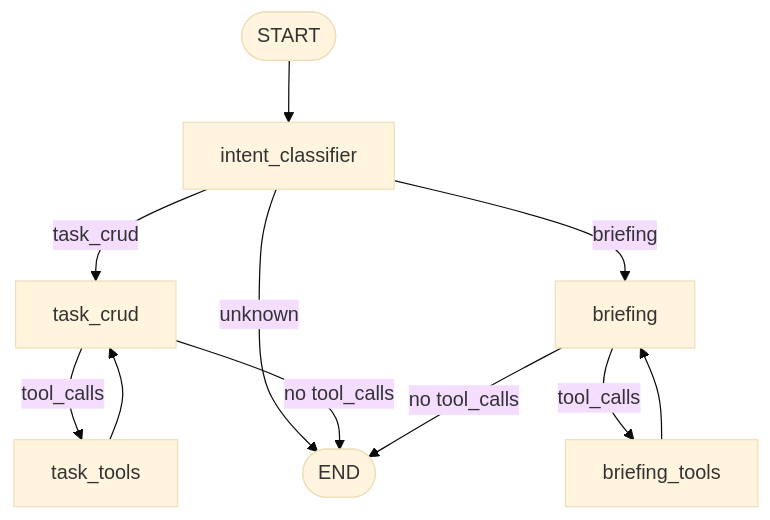
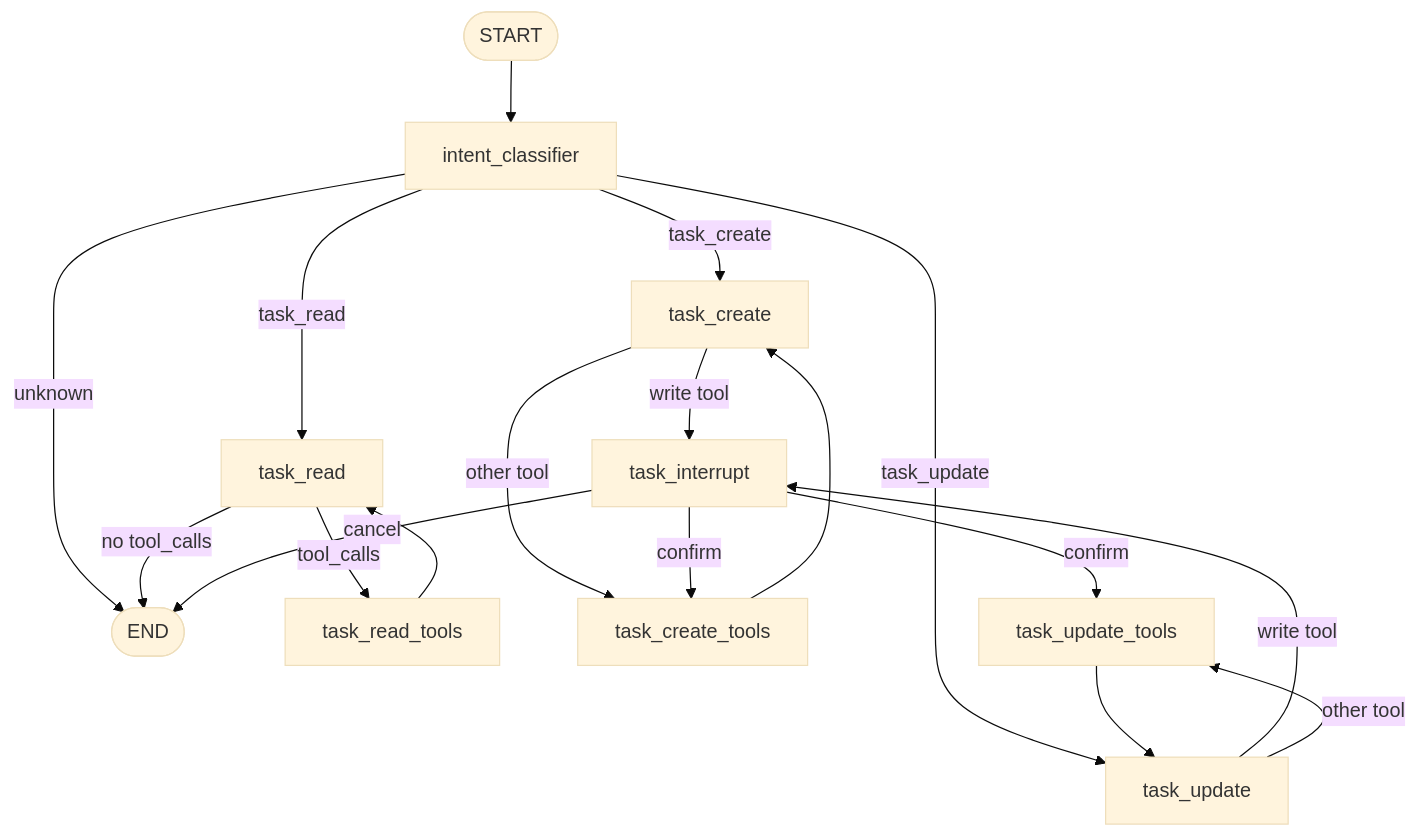
Before and after one commit to Eisler18/assistant_agent: the diagram in docs/graph.md, drawn with Mermaid (base theme). The commit also changed other lines of this file, not shown here.

Commit message:
Update graph doc

````diff
--- a/docs/graph.md
+++ b/docs/graph.md
@@ -11,15 +11,24 @@
 ```mermaid
 flowchart TD
   START([START]) --> intent_classifier[intent_classifier]
-  intent_classifier -->|task_crud| task_crud[task_crud]
-  intent_classifier -->|briefing| briefing[briefing]
+  intent_classifier -->|task_read| task_read[task_read]
+  intent_classifier -->|task_create| task_create[task_create]
+  intent_classifier -->|task_update| task_update[task_update]
   intent_classifier -->|unknown| END([END])
 
-  task_crud -->|tool_calls| task_tools[task_tools]
-  task_tools --> task_crud
-  task_crud -->|no tool_calls| END
+  task_read -->|tool_calls| task_read_tools[task_read_tools]
+  task_read_tools --> task_read
+  task_read -->|no tool_calls| END
 
-  briefing -->|tool_calls| briefing_tools[briefing_tools]
-  briefing_tools --> briefing
-  briefing -->|no tool_calls| END
+  task_create -->|write tool| task_interrupt[task_interrupt]
+  task_create -->|other tool| task_create_tools[task_create_tools]
+  task_create_tools --> task_create
+
+  task_update -->|write tool| task_interrupt
+  task_update -->|other tool| task_update_tools[task_update_tools]
+  task_update_tools --> task_update
+
+  task_interrupt -->|confirm| task_create_tools
+  task_interrupt -->|confirm| task_update_tools
+  task_interrupt -->|cancel| END
 ```
````
